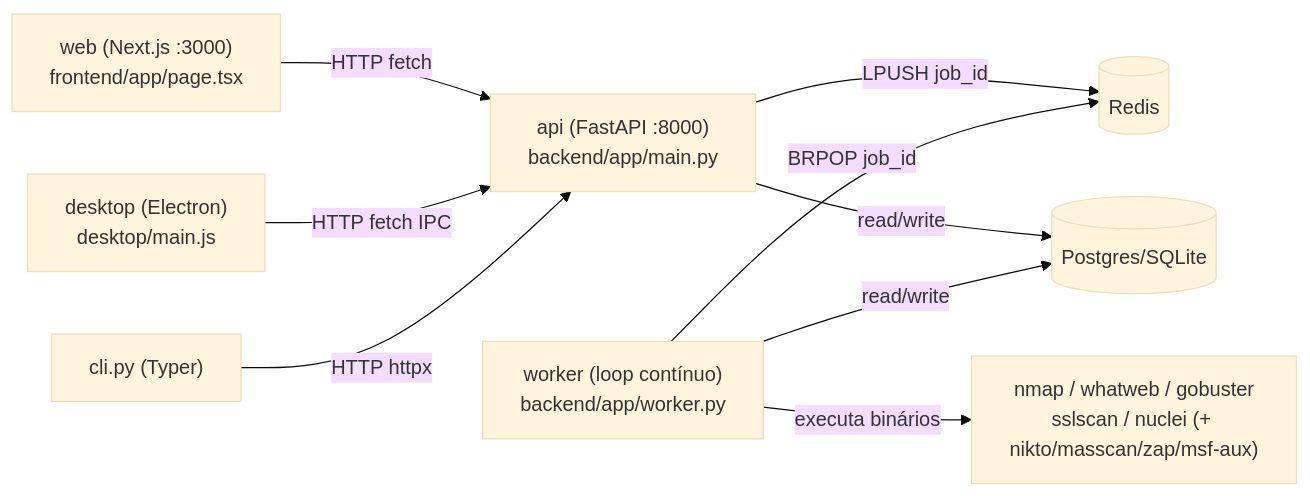
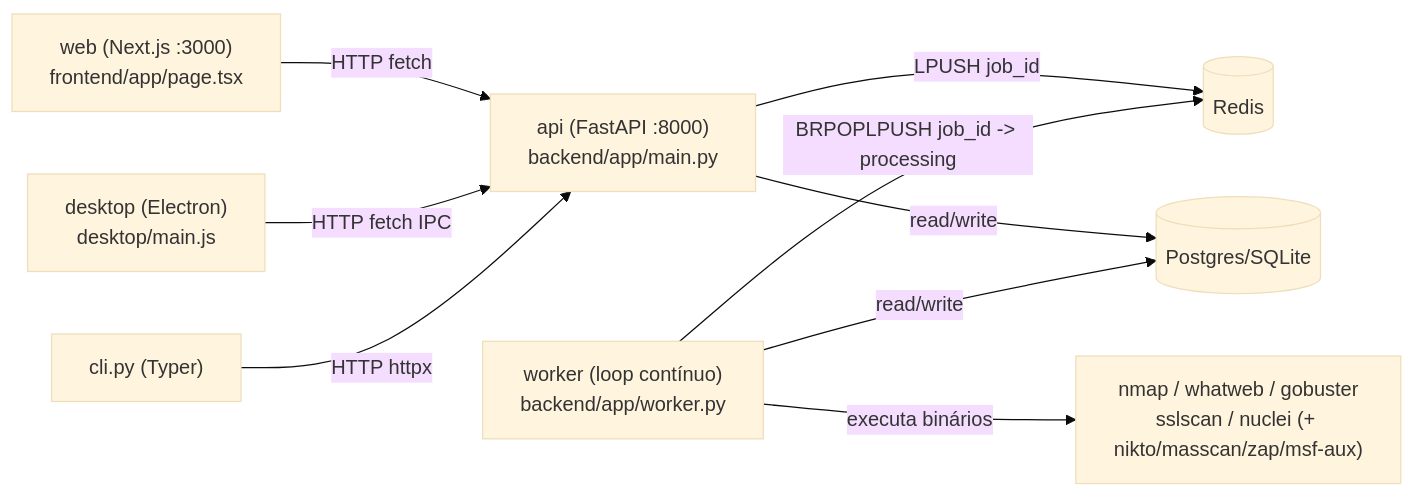
One commit to mauromantilha/ethoscan changed the first of 2 diagrams in docs/architecture.md. Above: the diagram before and after it, drawn with Mermaid (base theme). The commit also changed other lines of this file and 98 other files, not shown here.

````diff
--- a/docs/architecture.md
+++ b/docs/architecture.md
@@ -13,11 +13,11 @@
 ```mermaid
 flowchart LR
     web["web (Next.js :3000)\nfrontend/app/page.tsx"] -->|HTTP fetch| api
     desktop["desktop (Electron)\ndesktop/main.js"] -->|HTTP fetch IPC| api
     cli["cli.py (Typer)"] -->|HTTP httpx| api
     api["api (FastAPI :8000)\nbackend/app/main.py"] -->|LPUSH job_id| redis[(Redis)]
     api -->|read/write| pg[(Postgres/SQLite)]
-    worker["worker (loop contínuo)\nbackend/app/worker.py"] -->|BRPOP job_id| redis
+    worker["worker (loop contínuo)\nbackend/app/worker.py"] -->|BRPOPLPUSH job_id -> processing| redis
     worker -->|read/write| pg
     worker -->|executa binários| tools["nmap / whatweb / gobuster\nsslscan / nuclei (+ nikto/masscan/zap/msf-aux)"]
 ```
````
